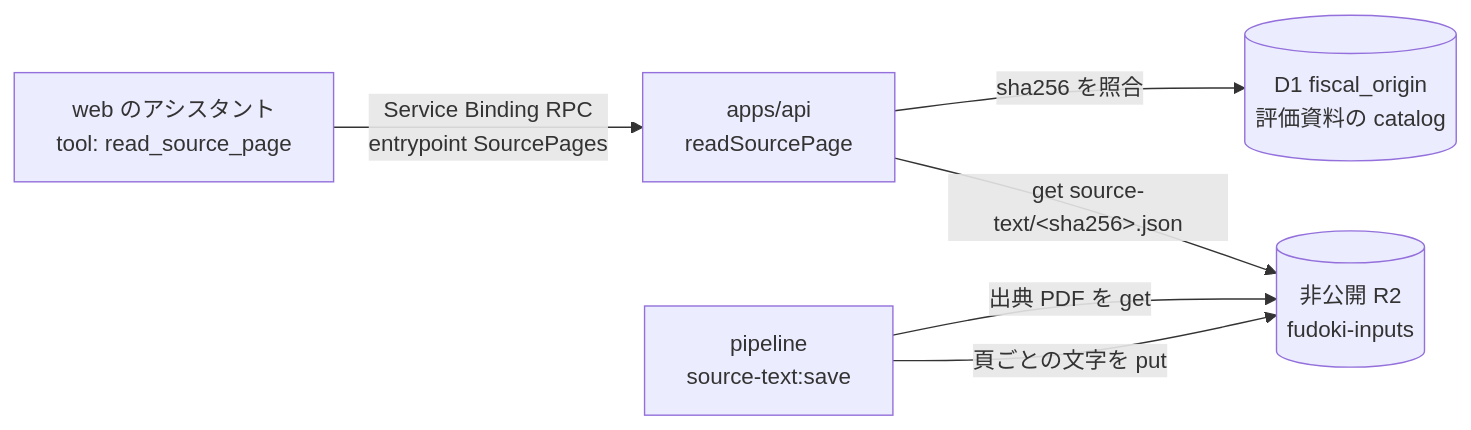
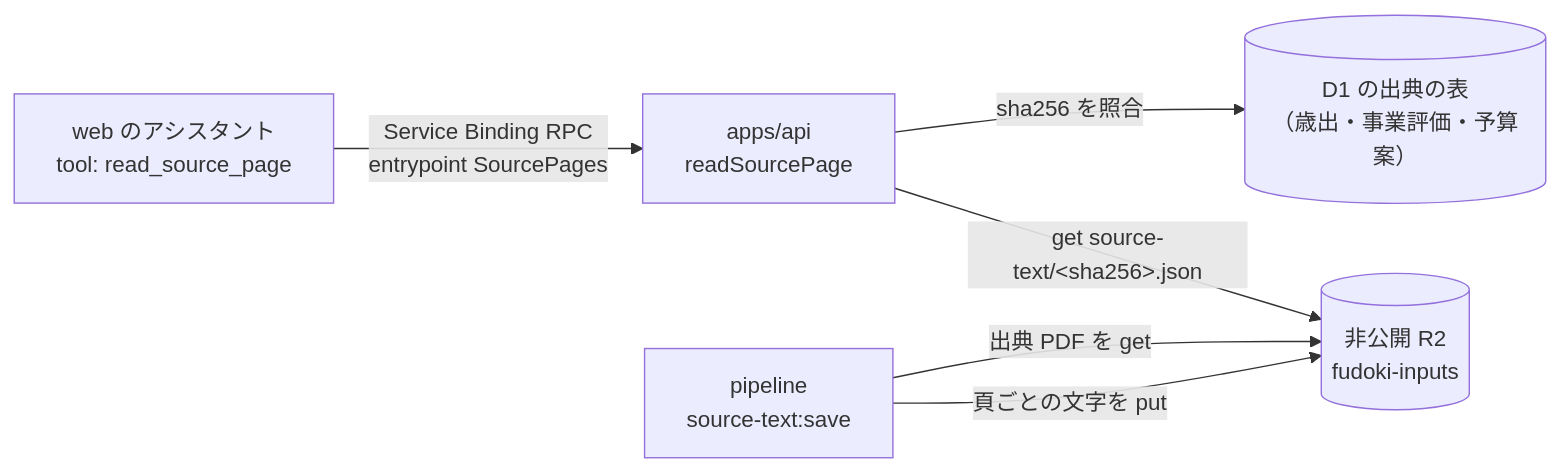
Before and after one commit to fudoki-hensansitu/fudoki: the diagram in docs/prd/source-reading/dd.md, drawn with Mermaid. The commit also changed other lines of this file and 74 other files, not shown here.

````diff
--- a/docs/prd/source-reading/dd.md
+++ b/docs/prd/source-reading/dd.md
@@ -21,8 +21,8 @@
 ```mermaid
 flowchart LR
   ai["web のアシスタント<br/>tool: read_source_page"] -->|"Service Binding RPC<br/>entrypoint SourcePages"| api["apps/api<br/>readSourcePage"]
-  api -->|"sha256 を照合"| d1[("D1 fiscal_origin<br/>評価資料の catalog")]
+  api -->|"sha256 を照合"| d1[("D1 の出典の表<br/>（歳出・事業評価・予算案）")]
   api -->|"get source-text/&lt;sha256&gt;.json"| r2[("非公開 R2<br/>fudoki-inputs")]
   save["pipeline<br/>source-text:save"] -->|"出典 PDF を get"| r2
   save -->|"頁ごとの文字を put"| r2
 ```
````
